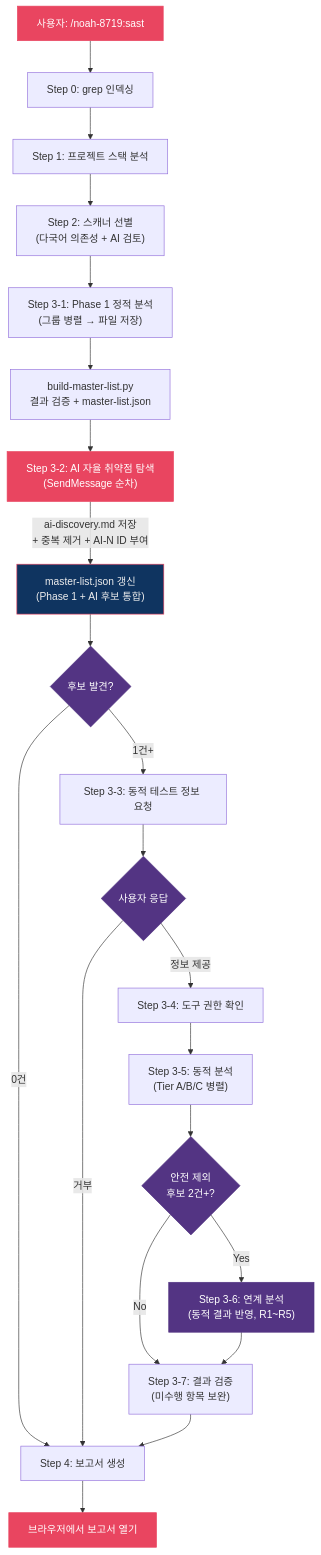
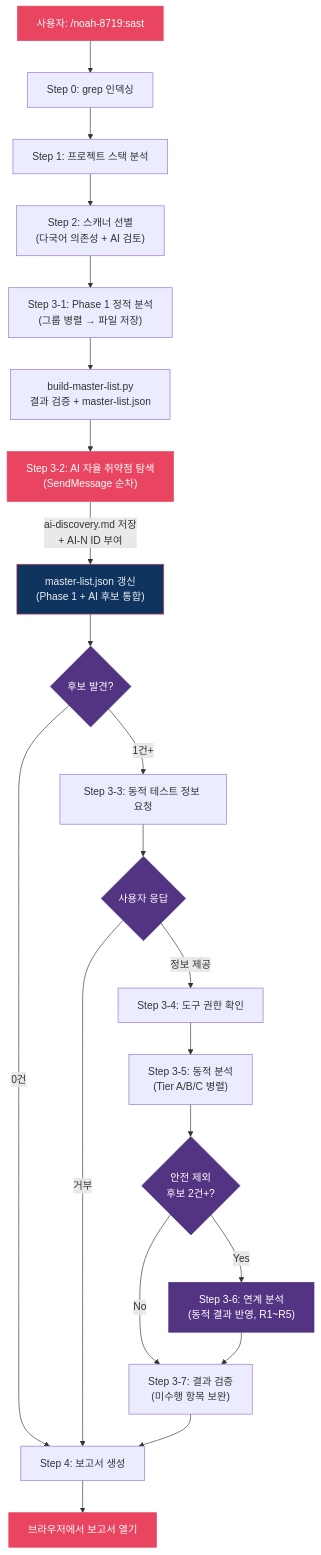
One commit to nomarlhack/noah-sast changed the fifth of 5 diagrams in README.md. Above: the diagram before and after it, drawn with Mermaid. The commit also changed other lines of this file, not shown here.

````diff
--- a/README.md
+++ b/README.md
@@ -665,32 +665,32 @@
 ```mermaid
 flowchart TD
     User["사용자: /noah-8719:sast"] --> S0["Step 0: grep 인덱싱"]
     S0 --> S1["Step 1: 프로젝트 스택 분석"]
     S1 --> S2["Step 2: 스캐너 선별\n(다국어 의존성 + AI 검토)"]
     S2 --> S3["Step 3-1: Phase 1 정적 분석\n(그룹 병렬 → 파일 저장)"]
     S3 --> BML2["build-master-list.py\n결과 검증 + master-list.json"]
     BML2 --> AI["Step 3-2: AI 자율 취약점 탐색\n(SendMessage 순차)"]
-    AI -->|"ai-discovery.md 저장\n+ 중복 제거 + AI-N ID 부여"| MLUpdate2["master-list.json 갱신\n(Phase 1 + AI 후보 통합)"]
+    AI -->|"ai-discovery.md 저장\n+ AI-N ID 부여"| MLUpdate2["master-list.json 갱신\n(Phase 1 + AI 후보 통합)"]
     MLUpdate2 --> Check{후보 발견?}
     Check -->|0건| S4["Step 4: 보고서 생성"]
     Check -->|1건+| Ask["Step 3-3: 동적 테스트 정보 요청"]
     Ask --> UserReply{사용자 응답}
     UserReply -->|정보 제공| Perm["Step 3-4: 도구 권한 확인"]
     UserReply -->|거부| S4
     Perm --> Dynamic["Step 3-5: 동적 분석\n(Tier A/B/C 병렬)"]
     Dynamic --> ChainCheck{"안전 제외\n후보 2건+?"}
     ChainCheck -->|Yes| Chain["Step 3-6: 연계 분석\n(동적 결과 반영, R1~R5)"]
     ChainCheck -->|No| Verify
     Chain --> Verify["Step 3-7: 결과 검증\n(미수행 항목 보완)"]
     Verify --> S4
     S4 --> Open["브라우저에서 보고서 열기"]
 
     style User fill:#e94560,stroke:#e94560,color:#fff
     style AI fill:#e94560,stroke:#e94560,color:#fff
     style MLUpdate2 fill:#0f3460,stroke:#e94560,color:#eee
     style Chain fill:#533483,stroke:#533483,color:#fff
     style Open fill:#e94560,stroke:#e94560,color:#fff
     style Check fill:#533483,stroke:#533483,color:#fff
     style ChainCheck fill:#533483,stroke:#533483,color:#fff
     style UserReply fill:#533483,stroke:#533483,color:#fff
 ```
````
